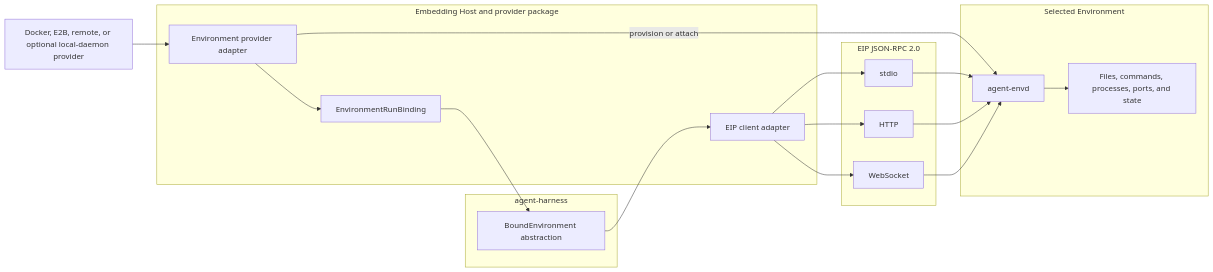
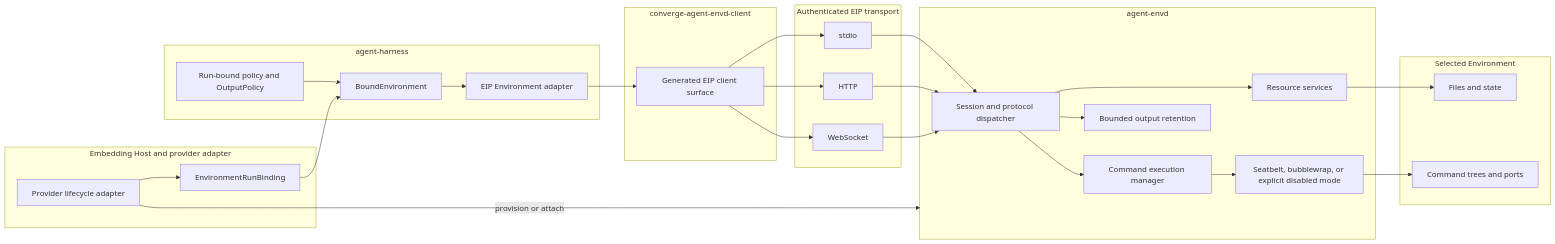
The first of 2 diagrams in spec/agent-envd/00-overview.md (LTThreeComma/agent-foundation), drawn with Mermaid before and after one commit. The commit also changed other lines of this file and 54 other files, not shown here.

First line of the commit message:
feat(platform): define EIP and subagent execution contracts

````diff
--- a/spec/agent-envd/00-overview.md
+++ b/spec/agent-envd/00-overview.md
@@ -11,29 +13,45 @@
 ```mermaid
 flowchart LR
-    subgraph Host[Embedding Host and provider package]
-        Provider[Environment provider adapter]
+    subgraph Host[Embedding Host and provider adapter]
+        Provider[Provider lifecycle adapter]
         Binding[EnvironmentRunBinding]
-        Client[EIP client adapter]
     end
 
     subgraph Harness[agent-harness]
-        Bound[BoundEnvironment abstraction]
+        Bound[BoundEnvironment]
+        Adapter[EIP Environment adapter]
+        Policy[Run-bound policy and OutputPolicy]
     end
 
-    subgraph Protocol[EIP JSON-RPC 2.0]
+    subgraph ClientPackage[converge-agent-envd-client]
+        Client[Generated EIP client surface]
+    end
+
+    subgraph Transport[Authenticated EIP transport]
         Stdio[stdio]
         HTTP[HTTP]
         WS[WebSocket]
     end
 
-    subgraph Environment[Selected Environment]
-        Envd[agent-envd]
-        Resources[Files, commands, processes, ports, and state]
+    subgraph Envd[agent-envd]
+        Session[Session and protocol dispatcher]
+        Resources[Resource services]
+        Output[Bounded output retention]
+        Execution[Command execution manager]
+        Isolation[Seatbelt, bubblewrap, or explicit disabled mode]
     end
 
-    Profiles[Docker, E2B, remote, or optional local-daemon provider] --> Provider
+    subgraph Native[Selected Environment]
+        Files[Files and state]
+        Processes[Command trees and ports]
+    end
+
     Provider -->|provision or attach| Envd
-    Provider --> Binding --> Bound --> Client
+    Provider --> Binding --> Bound
+    Policy --> Bound --> Adapter --> Client
     Client --> Stdio & HTTP & WS
-    Stdio & HTTP & WS --> Envd --> Resources
+    Stdio & HTTP & WS --> Session
+    Session --> Resources & Output & Execution
+    Resources --> Files
+    Execution --> Isolation --> Processes
 ```
````
